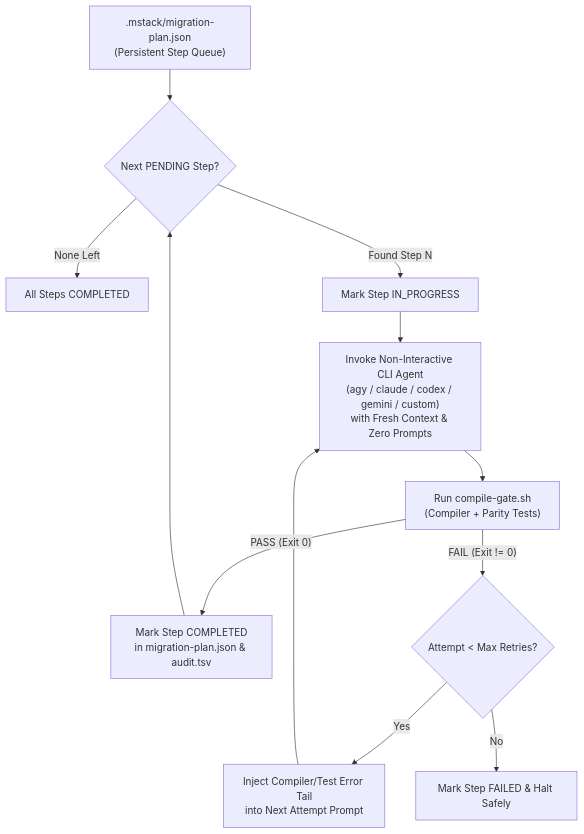
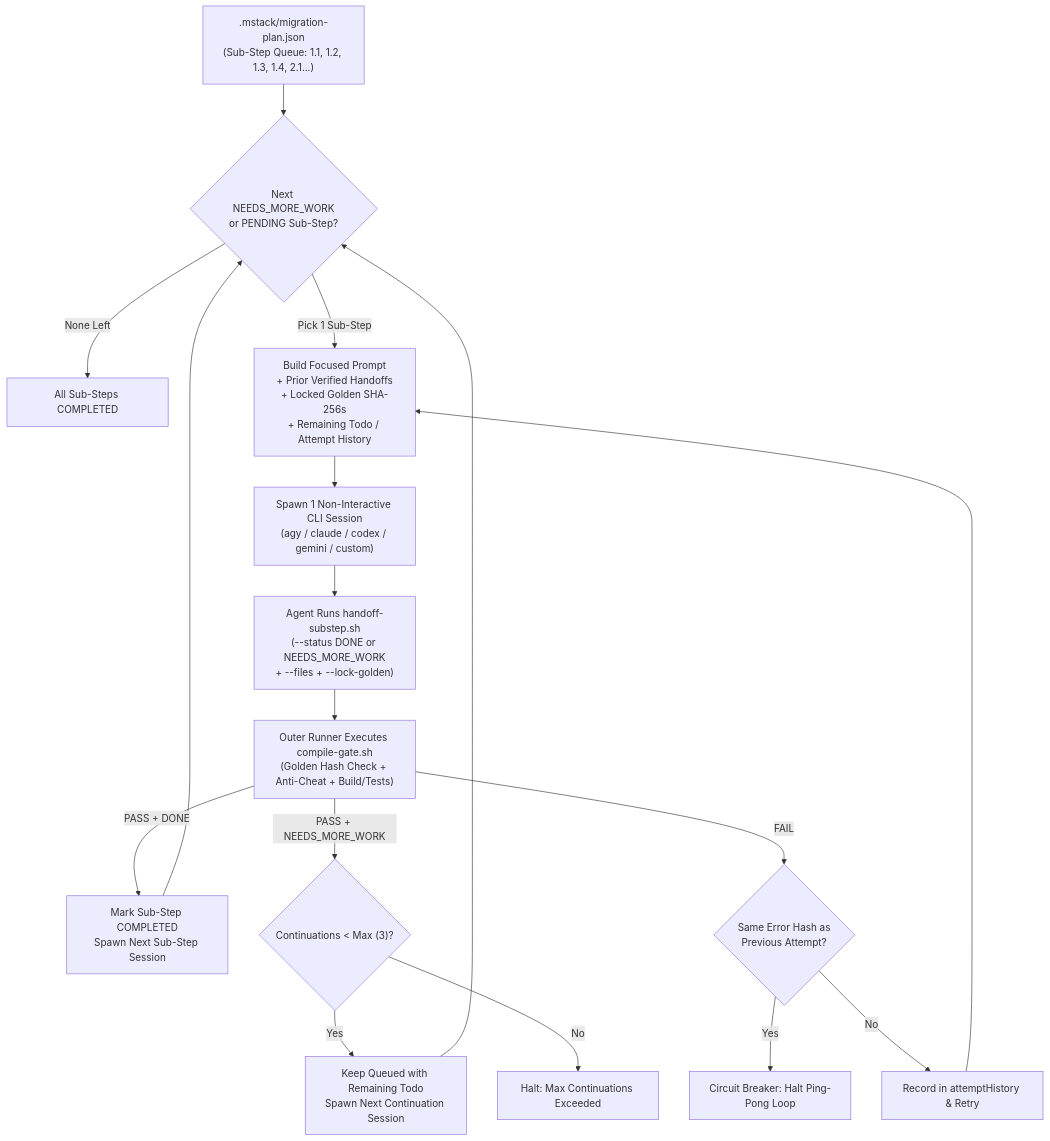
The diagram in skills/mstack-automation/SKILL.md (estines/mobile-migration-tools), drawn with Mermaid before and after one commit. The commit also changed other lines of this file and 6 other files, not shown here.

Commit message:
feat: add handoff-substep.sh and upgrade automation to sequential 1-sub-step-per-session execution with anti-slop checks

````diff
--- a/skills/mstack-automation/SKILL.md
+++ b/skills/mstack-automation/SKILL.md
@@ -19,14 +23,19 @@
 ```mermaid
 flowchart TD
-    Plan[".mstack/migration-plan.json\n(Persistent Step Queue)"] --> Next{"Next PENDING Step?"}
-    Next -- "None Left" --> Done["All Steps COMPLETED"]
-    Next -- "Found Step N" --> MarkRun["Mark Step IN_PROGRESS"]
-    MarkRun --> Exec["Invoke Non-Interactive CLI Agent\n(agy / claude / codex / gemini / custom)\nwith Fresh Context & Zero Prompts"]
-    Exec --> Gate["Run compile-gate.sh\n(Compiler + Parity Tests)"]
-    Gate -- "PASS (Exit 0)" --> MarkPass["Mark Step COMPLETED\nin migration-plan.json & audit.tsv"]
+    Plan[".mstack/migration-plan.json\n(Sub-Step Queue: 1.1, 1.2, 1.3, 1.4, 2.1...)"] --> Next{"Next NEEDS_MORE_WORK\nor PENDING Sub-Step?"}
+    Next -- "None Left" --> Done["All Sub-Steps COMPLETED"]
+    Next -- "Pick 1 Sub-Step" --> Prompt["Build Focused Prompt\n+ Prior Verified Handoffs\n+ Locked Golden SHA-256s\n+ Remaining Todo / Attempt History"]
+    Prompt --> Exec["Spawn 1 Non-Interactive CLI Session\n(agy / claude / codex / gemini / custom)"]
+    Exec --> Handoff["Agent Runs handoff-substep.sh\n(--status DONE or NEEDS_MORE_WORK\n+ --files + --lock-golden)"]
+    Handoff --> Gate["Outer Runner Executes compile-gate.sh\n(Golden Hash Check + Anti-Cheat + Build/Tests)"]
+    Gate -- "PASS + DONE" --> MarkPass["Mark Sub-Step COMPLETED\nSpawn Next Sub-Step Session"]
+    Gate -- "PASS + NEEDS_MORE_WORK" --> Cont{"Continuations < Max (3)?"}
+    Cont -- "Yes" --> NextCont["Keep Queued with Remaining Todo\nSpawn Next Continuation Session"]
+    Cont -- "No" --> Halt["Halt: Max Continuations Exceeded"]
+    Gate -- "FAIL" --> PingPong{"Same Error Hash as\nPrevious Attempt?"}
+    PingPong -- "Yes" --> Halt2["Circuit Breaker: Halt Ping-Pong Loop"]
+    PingPong -- "No" --> Retry["Record in attemptHistory & Retry"]
     MarkPass --> Next
-    Gate -- "FAIL (Exit != 0)" --> Retry{"Attempt < Max Retries?"}
-    Retry -- "Yes" --> FeedErr["Inject Compiler/Test Error Tail\ninto Next Attempt Prompt"]
-    FeedErr --> Exec
-    Retry -- "No" --> MarkFail["Mark Step FAILED & Halt Safely"]
+    NextCont --> Next
+    Retry --> Prompt
 ```
````
